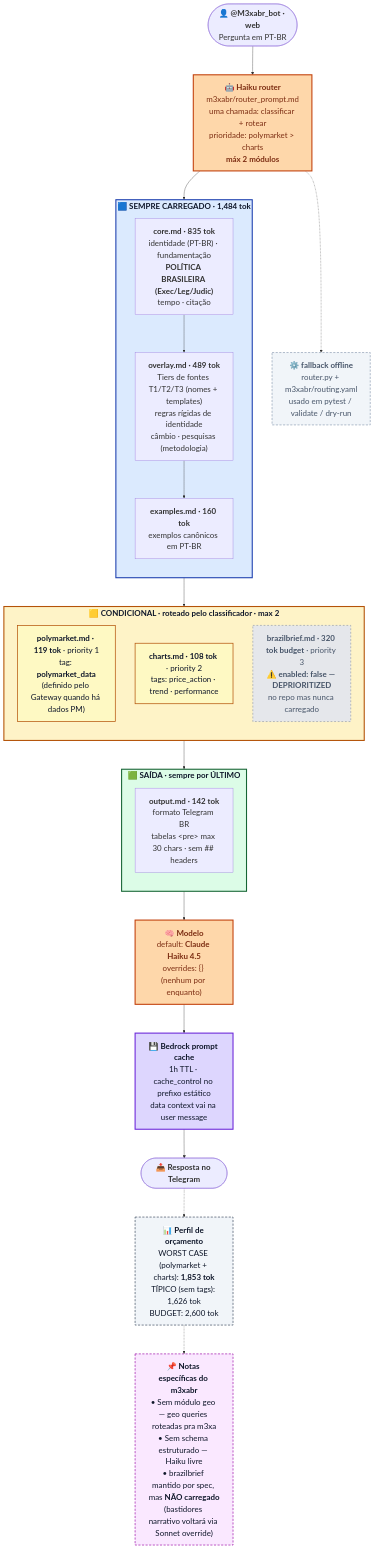
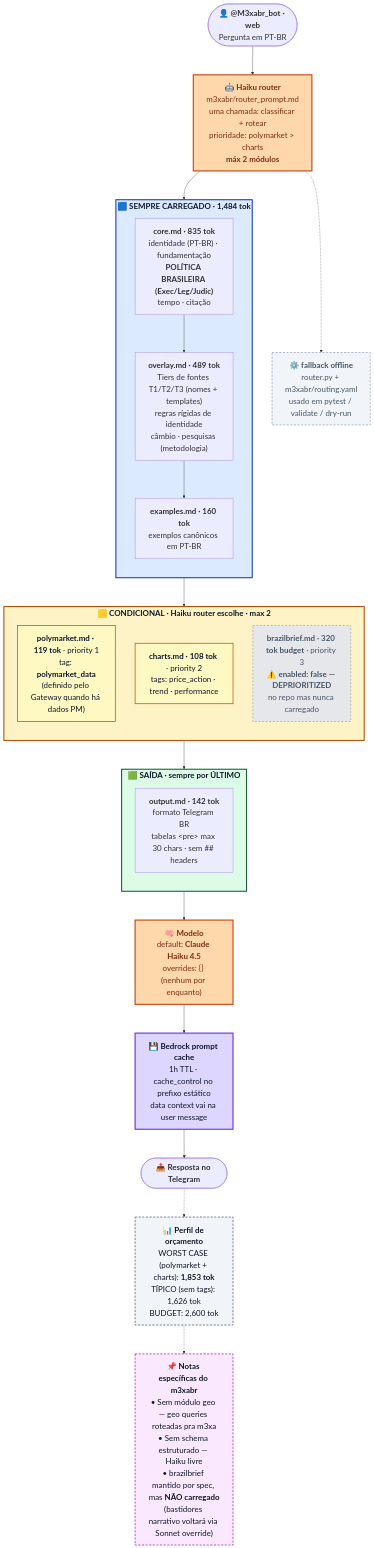
Before and after one commit to prcodex/version3-: the third of 3 diagrams in README.md, drawn with Mermaid. The commit also changed other lines of this file, not shown here.

First line of the commit message:
README: fix stale "classifier-routed" labels post Haiku-router flip

````diff
--- a/README.md
+++ b/README.md
@@ -173,62 +173,62 @@
 ```mermaid
 %%{init: {'theme': 'default', 'themeVariables': {'fontSize': '22px', 'fontFamily': 'Inter, system-ui, -apple-system, sans-serif'}, 'flowchart': {'htmlLabels': true, 'curve': 'basis', 'nodeSpacing': 55, 'rankSpacing': 80, 'padding': 18}}}%%
 flowchart TB
     BOT(["<b>👤 @M3xabr_bot · web</b><br/>Pergunta em PT-BR"]) --> RTR["<b>🤖 Haiku router</b><br/>m3xabr/router_prompt.md<br/>uma chamada: classificar + rotear<br/>prioridade: polymarket &gt; charts<br/><b>máx 2 módulos</b>"]
     RTR -.-> FALL["<b>⚙️ fallback offline</b><br/>router.py + m3xabr/routing.yaml<br/>usado em pytest / validate / dry-run"]
 
     subgraph ALWAYS["<b>🟦 SEMPRE CARREGADO · 1,484 tok</b>"]
         direction TB
         A1["<b>core.md · 835 tok</b><br/>identidade (PT-BR) · fundamentação<br/><b>POLÍTICA BRASILEIRA (Exec/Leg/Judic)</b><br/>tempo · citação"]
         A2["<b>overlay.md · 489 tok</b><br/>Tiers de fontes T1/T2/T3 (nomes + templates)<br/>regras rígidas de identidade<br/>câmbio · pesquisas (metodologia)"]
         A3["<b>examples.md · 160 tok</b><br/>exemplos canônicos em PT-BR"]
         A1 --> A2 --> A3
     end
 
-    subgraph COND["<b>🟨 CONDICIONAL · roteado pelo classificador · max 2</b>"]
+    subgraph COND["<b>🟨 CONDICIONAL · Haiku router escolhe · max 2</b>"]
         direction TB
         P["<b>polymarket.md · 119 tok</b> · priority 1<br/>tag: <b>polymarket_data</b><br/>(definido pelo Gateway quando há dados PM)"]
         CH["<b>charts.md · 108 tok</b> · priority 2<br/>tags: price_action · trend · performance"]
         BB["<b>brazilbrief.md · 320 tok budget</b> · priority 3<br/><b>⚠️ enabled: false — DEPRIORITIZED</b><br/>no repo mas nunca carregado"]
     end
 
     subgraph OUTBLK["<b>🟩 SAÍDA · sempre por ÚLTIMO</b>"]
         direction TB
         OUT["<b>output.md · 142 tok</b><br/>formato Telegram BR<br/>tabelas &lt;pre&gt; max 30 chars · sem ## headers"]
     end
 
     RTR --> ALWAYS
     ALWAYS --> COND
     COND --> OUTBLK
     OUTBLK --> MODEL["<b>🧠 Modelo</b><br/>default: <b>Claude Haiku 4.5</b><br/>overrides: {} (nenhum por enquanto)"]
     MODEL --> CACHE["<b>💾 Bedrock prompt cache</b><br/>1h TTL · cache_control no prefixo estático<br/>data context vai na user message"]
     CACHE --> GEN(["<b>📤 Resposta no Telegram</b>"])
 
     META["<b>📊 Perfil de orçamento</b><br/>WORST CASE (polymarket + charts): <b>1,853 tok</b><br/>TÍPICO (sem tags): 1,626 tok<br/>BUDGET: 2,600 tok"]
     GEN -.-> META
 
     NOTE["<b>📌 Notas específicas do m3xabr</b><br/>• Sem módulo geo — geo queries roteadas pra m3xa<br/>• Sem schema estruturado — Haiku livre<br/>• brazilbrief mantido por spec, mas <b>NÃO carregado</b><br/>(bastidores narrativo voltará via Sonnet override)"]
     META -.-> NOTE
 
     click A1 "https://github.com/prcodex/version3-/blob/main/m3xabr/souls/core.md" _blank
     click A2 "https://github.com/prcodex/version3-/blob/main/m3xabr/souls/overlay.md" _blank
     click A3 "https://github.com/prcodex/version3-/blob/main/m3xabr/souls/examples.md" _blank
     click P "https://github.com/prcodex/version3-/blob/main/m3xabr/souls/modules/polymarket.md" _blank
     click CH "https://github.com/prcodex/version3-/blob/main/m3xabr/souls/modules/charts.md" _blank
     click BB "https://github.com/prcodex/version3-/blob/main/m3xabr/souls/modules/brazilbrief.md" _blank
     click OUT "https://github.com/prcodex/version3-/blob/main/m3xabr/souls/output.md" _blank
     click RTR "https://github.com/prcodex/version3-/blob/main/m3xabr/router_prompt.md" _blank
     click FALL "https://github.com/prcodex/version3-/blob/main/m3xabr/routing.yaml" _blank
 
     style ALWAYS fill:#dbeafe,stroke:#1e40af,stroke-width:3px,color:#0f172a
     style COND fill:#fef3c7,stroke:#b45309,stroke-width:3px,color:#0f172a
     style OUTBLK fill:#dcfce7,stroke:#166534,stroke-width:3px,color:#0f172a
     style MODEL fill:#fed7aa,stroke:#c2410c,stroke-width:3px,color:#7c2d12
     style CACHE fill:#ddd6fe,stroke:#6d28d9,stroke-width:3px,color:#0f172a
     style META fill:#f1f5f9,stroke:#475569,stroke-width:2px,stroke-dasharray:6 4,color:#0f172a
     style NOTE fill:#fae8ff,stroke:#a21caf,stroke-width:2px,stroke-dasharray:6 4,color:#0f172a
     style P fill:#fef9c3,stroke:#b45309,stroke-width:2px,color:#0f172a
     style CH fill:#fef9c3,stroke:#b45309,stroke-width:2px,color:#0f172a
     style BB fill:#e5e7eb,stroke:#9ca3af,stroke-width:2px,stroke-dasharray:5 5,color:#475569
     style RTR fill:#fed7aa,stroke:#c2410c,stroke-width:3px,color:#7c2d12
     style FALL fill:#f1f5f9,stroke:#94a3b8,stroke-width:2px,stroke-dasharray:6 4,color:#475569
 ```
````
